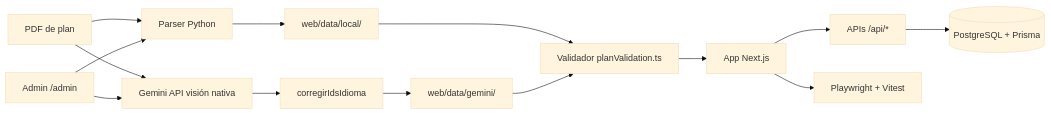
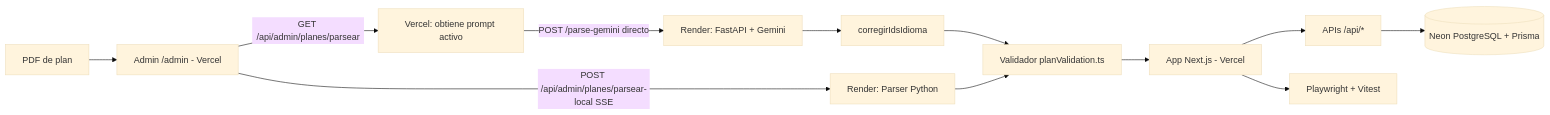
The diagram in README.md (candela-ledesma/uns-correlativas-web), drawn with Mermaid (base theme) before and after one commit. The commit also changed other lines of this file, not shown here.

Commit message:
docs: actualizar README con arquitectura real (Vercel + Render, Neon, flujo Gemini)

````diff
--- a/README.md
+++ b/README.md
@@ -15,16 +15,14 @@
 ```mermaid
 flowchart LR
-  A[PDF de plan] --> B1[Parser Python]
-  A --> B2[Gemini API visión nativa]
-  B1 --> C[web/data/local/]
+  A[PDF de plan] --> I[Admin /admin - Vercel]
+  I -->|GET /api/admin/planes/parsear| VP[Vercel: obtiene prompt activo]
+  VP -->|POST /parse-gemini directo| B2[Render: FastAPI + Gemini]
+  I -->|POST /api/admin/planes/parsear-local SSE| B1[Render: Parser Python]
   B2 --> PP[corregirIdsIdioma]
-  PP --> C2[web/data/gemini/]
-  C --> D[Validador planValidation.ts]
-  C2 --> D
-  D --> E[App Next.js]
+  PP --> D[Validador planValidation.ts]
+  B1 --> D
+  D --> E[App Next.js - Vercel]
   E --> F[APIs /api/*]
-  F --> G[(PostgreSQL + Prisma)]
+  F --> G[(Neon PostgreSQL + Prisma)]
   E --> H[Playwright + Vitest]
-  I[Admin /admin] --> B1
-  I --> B2
 ```
````
